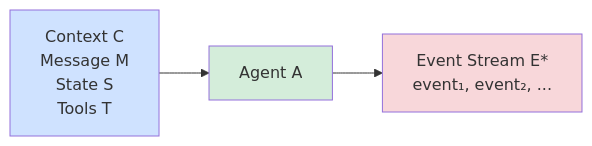
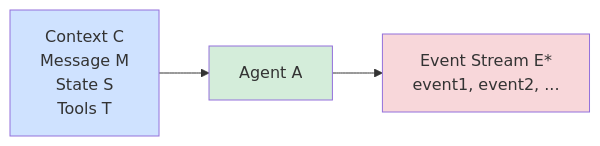
One commit to xkrajnan/Agentic_Design_Patterns changed the second of 37 diagrams in docs/10_UNIFIED_THEORY.md. Above: the diagram before and after it, drawn with Mermaid. The commit also changed other lines of this file, not shown here.

First line of the commit message:
Fix Mermaid diagram rendering by replacing Unicode subscripts

````diff
--- a/docs/10_UNIFIED_THEORY.md
+++ b/docs/10_UNIFIED_THEORY.md
@@ -129,13 +129,13 @@
 ```mermaid
 flowchart LR
     C[Context C<br/>Message M<br/>State S<br/>Tools T]
     A[Agent A]
-    E[Event Stream E*<br/>event₁, event₂, ...]
+    E[Event Stream E*<br/>event1, event2, ...]
 
     C --> A
     A --> E
 
     style A fill:#d4edda
     style C fill:#cfe2ff
     style E fill:#f8d7da
 ```
````
